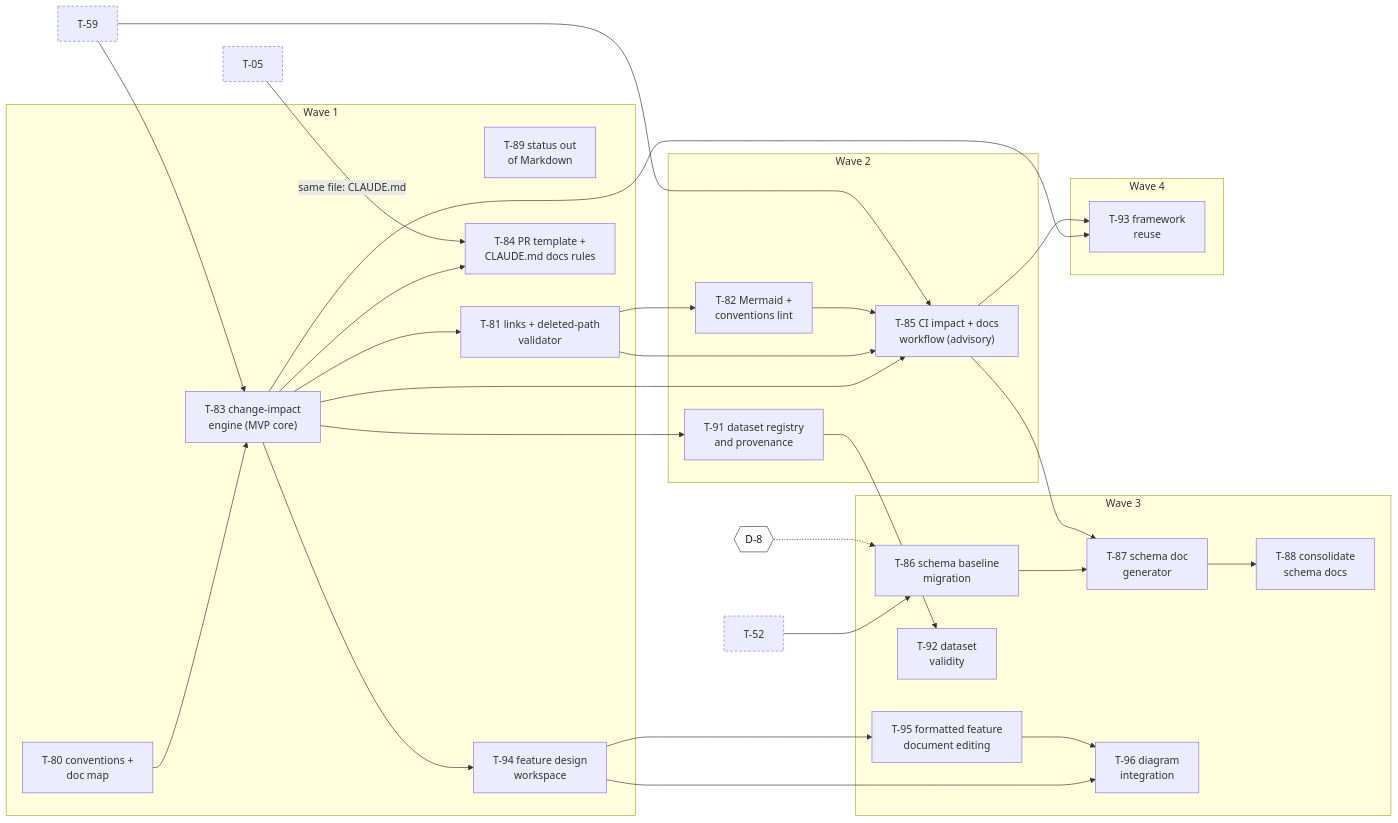
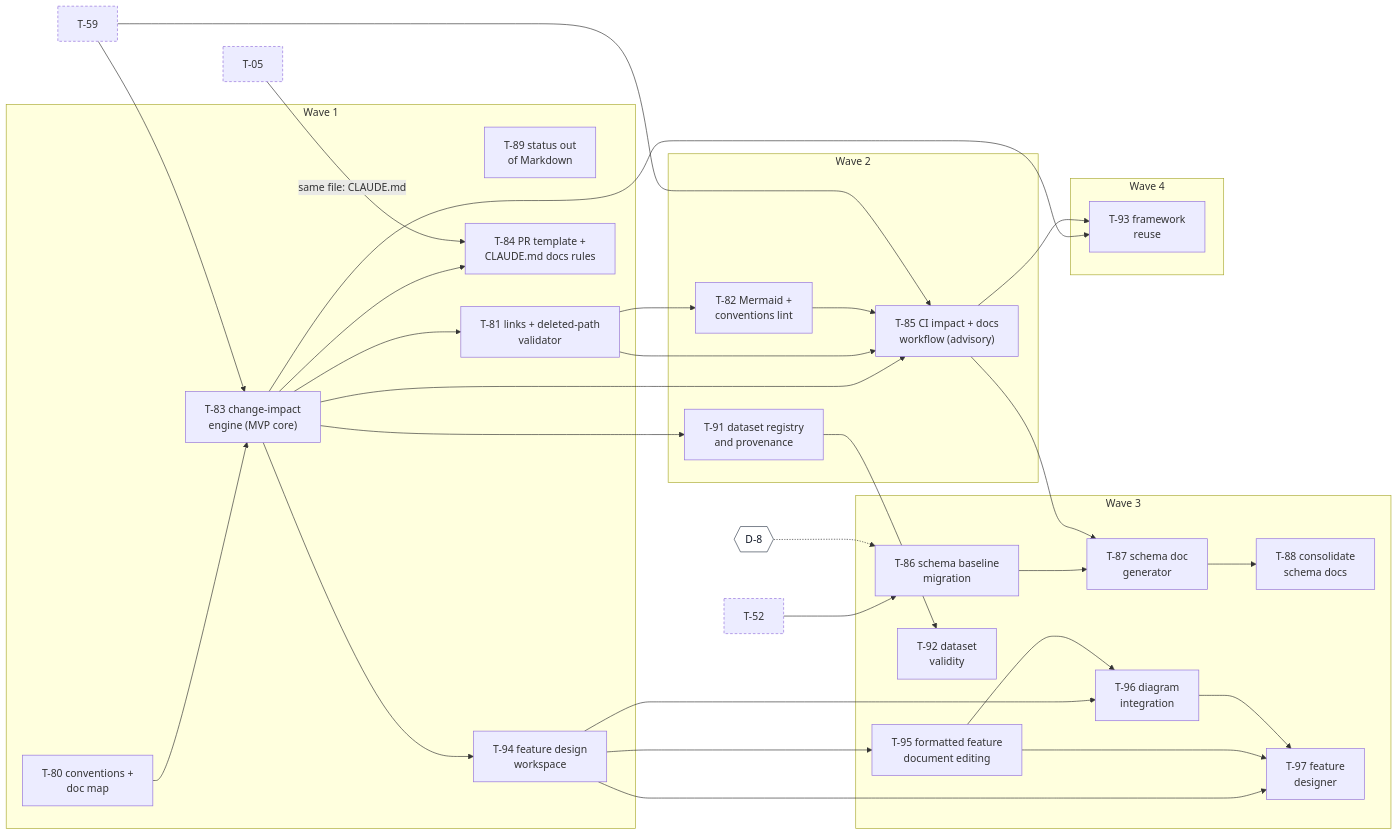
The sixth of 7 diagrams in docs/agents/development-status.md (adrianfarhat/orlando-infrastructure-etl), drawn with Mermaid before and after one commit. The commit also changed other lines of this file and 1 other file, not shown here.

Commit message:
docs(agents): record T-97 (Feature Designer) and its Phase 0 evidence
technical-lead: Task index entry and Evidence log bullet for the T-97 Phase 0
proof of concept (scratch only, approved as the direction), and T-97 in the
development-status Wave 3 text and diagram (depends on T-94, T-95, T-96).
The plan and phases are on the T-97 card. Local commit only; not pushed.

Claude-Session: https://claude.ai/code/session_015PPQCFPohszhdwKzVAzSDf

````diff
--- a/docs/agents/development-status.md
+++ b/docs/agents/development-status.md
@@ -219,60 +220,64 @@
 ```mermaid
 flowchart LR
   %% diagram-type: dependency
   T05p["T-05"]
   T52p["T-52"]
   T59p["T-59"]
   D8{{"D-8"}}
   subgraph DS1["Wave 1"]
     T80["T-80 conventions +<br/>doc map"]
     T89["T-89 status out<br/>of Markdown"]
     T83["T-83 change-impact<br/>engine (MVP core)"]
     T81["T-81 links + deleted-path<br/>validator"]
     T84["T-84 PR template +<br/>CLAUDE.md docs rules"]
     T94["T-94 feature design<br/>workspace"]
   end
   subgraph DS2["Wave 2"]
     T82["T-82 Mermaid +<br/>conventions lint"]
     T85["T-85 CI impact + docs<br/>workflow (advisory)"]
     T91["T-91 dataset registry<br/>and provenance"]
   end
   subgraph DS3["Wave 3"]
     T86["T-86 schema baseline<br/>migration"]
     T87["T-87 schema doc<br/>generator"]
     T88["T-88 consolidate<br/>schema docs"]
     T92["T-92 dataset<br/>validity"]
     T95["T-95 formatted feature<br/>document editing"]
     T96["T-96 diagram<br/>integration"]
+    T97["T-97 feature<br/>designer"]
   end
   subgraph DS4["Wave 4"]
     T93["T-93 framework<br/>reuse"]
   end
   T80 --> T83
   T59p --> T83
   T83 --> T81
   T81 --> T82
   T83 --> T84
   T05p -->|"same file: CLAUDE.md"| T84
   T83 --> T85
   T81 --> T85
   T82 --> T85
   T59p --> T85
   T52p --> T86
   D8 -.-> T86
   T86 --> T87
   T85 --> T87
   T87 --> T88
   T83 --> T91
   T91 --> T92
   T83 --> T93
   T85 --> T93
   T83 --> T94
   T94 --> T95
   T94 --> T96
   T95 --> T96
+  T94 --> T97
+  T95 --> T97
+  T96 --> T97
 
   classDef decision fill:#ffffff,stroke:#374151,color:#111827
   classDef otherwave stroke-dasharray:4 3
   class D8 decision
   class T05p,T52p,T59p otherwave
 ```
````
